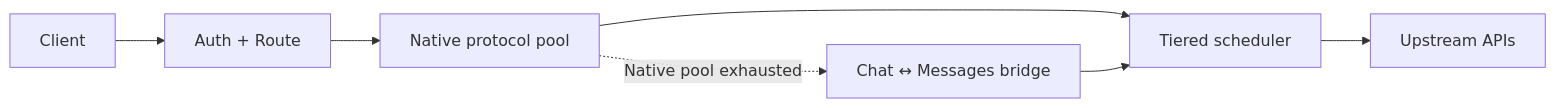
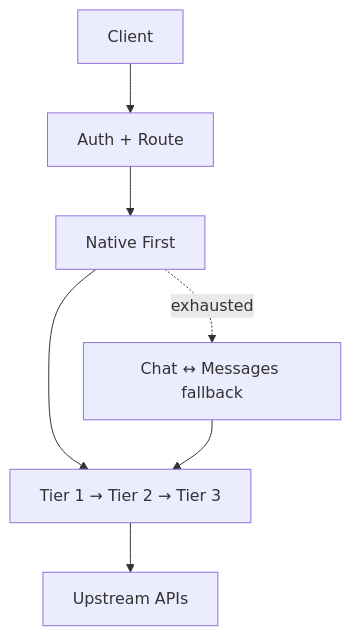
The diagram in README.md (fongap/ai-gateway), drawn with Mermaid before and after one commit.

Commit message:
Revise architecture flowchart in README
Updated architecture diagram to reflect changes in flow and fallback mechanisms.

````diff
--- a/README.md
+++ b/README.md
@@ -45,9 +45,11 @@
 ```mermaid
-flowchart LR
+flowchart TB
     A[Client] --> B[Auth + Route]
-    B --> C[Native protocol pool]
-    C --> D[Tiered scheduler]
+    B --> C[Native First]
+
+    C --> D["Tier 1 → Tier 2 → Tier 3"]
+    C -. exhausted .-> F["Chat ↔ Messages fallback"]
+    F --> D
+
     D --> E[Upstream APIs]
-    C -. Native pool exhausted .-> F[Chat ↔ Messages bridge]
-    F --> D
 ```
````
